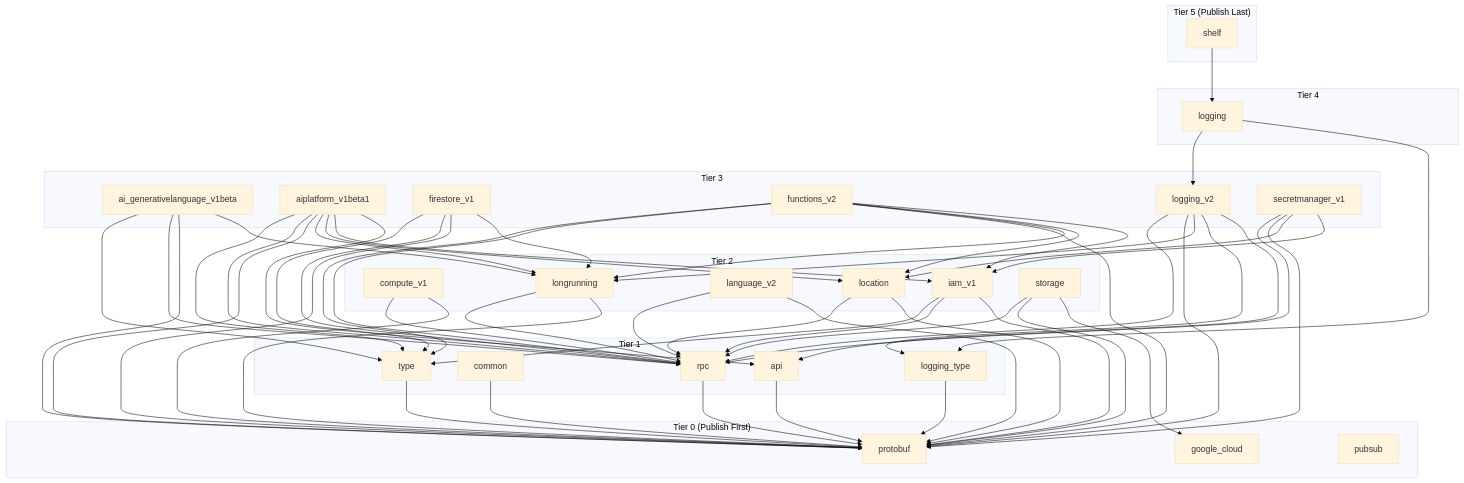
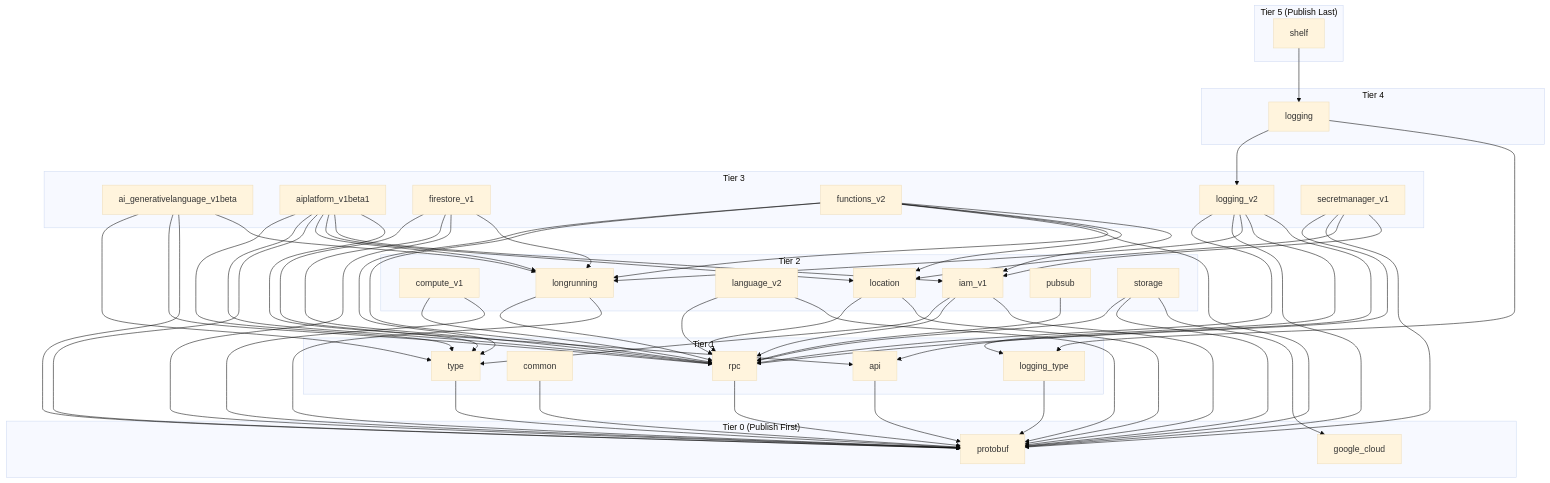
One commit to googleapis/google-cloud-dart changed the diagram in DEVELOPER_GUIDE.md. Above: the diagram before and after it, drawn with Mermaid (base theme). The commit also changed 27 other files, not shown here.

```diff
--- a/DEVELOPER_GUIDE.md
+++ b/DEVELOPER_GUIDE.md
@@ -17,7 +17,6 @@
   subgraph Tier0 ["Tier 0 (Publish First)"]
     google_cloud["google_cloud"]
     google_cloud_protobuf["protobuf"]
-    google_cloud_pubsub["pubsub"]
   end
 
   subgraph Tier1 ["Tier 1"]
@@ -34,6 +33,7 @@
     google_cloud_language_v2["language_v2"]
     google_cloud_location["location"]
     google_cloud_longrunning["longrunning"]
+    google_cloud_pubsub["pubsub"]
     google_cloud_storage["storage"]
   end
 
@@ -96,6 +96,7 @@
   google_cloud_logging_v2 --> google_cloud_rpc
   google_cloud_longrunning --> google_cloud_protobuf
   google_cloud_longrunning --> google_cloud_rpc
+  google_cloud_pubsub --> google_cloud_rpc
   google_cloud_rpc --> google_cloud_protobuf
   google_cloud_secretmanager_v1 --> google_cloud_iam_v1
   google_cloud_secretmanager_v1 --> google_cloud_location
```
